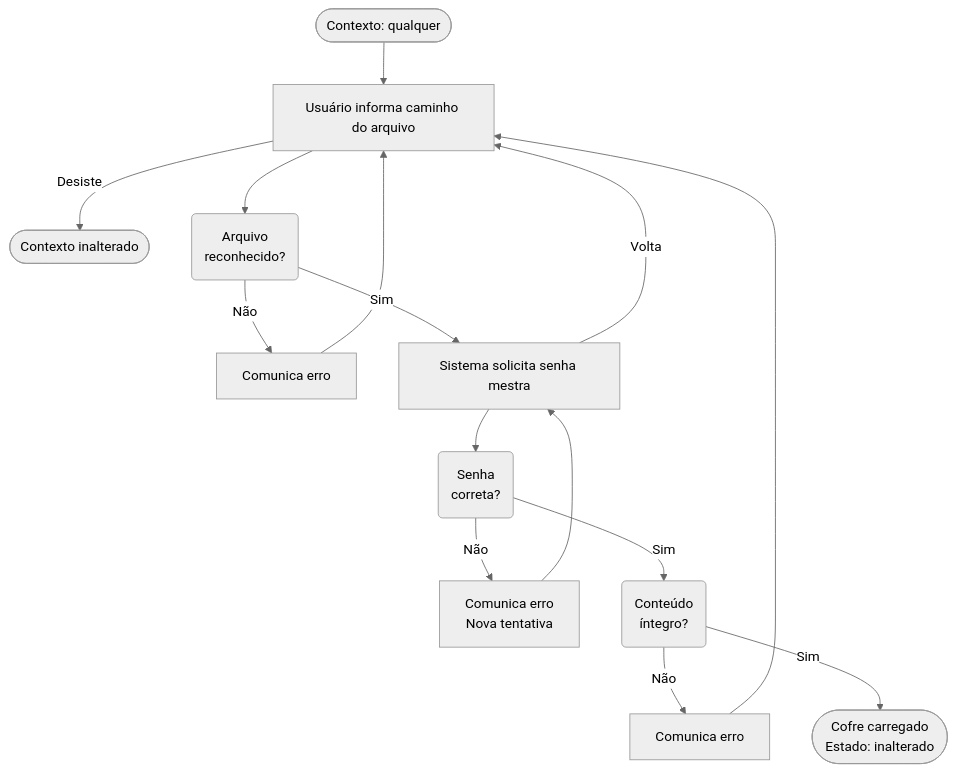
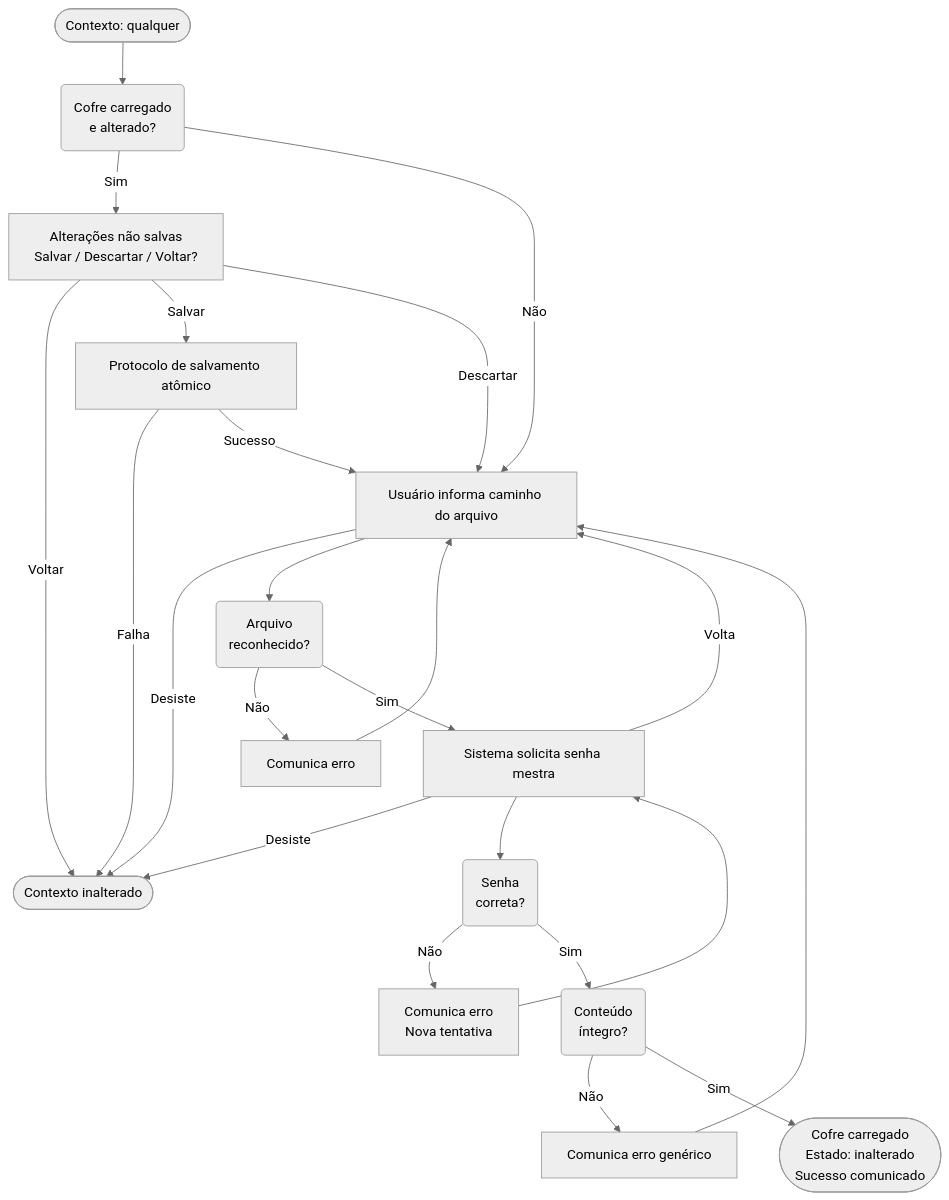
One commit to useful-toys/Abditum changed the first of 9 diagrams in fluxos.md. Above: the diagram before and after it, drawn with Mermaid (neutral theme). The commit also changed other lines of this file, not shown here.

First line of the commit message:
docs(fluxos): adicionar fluxos faltantes e corrigir fluxos de ciclo de vida do cofre

````diff
--- a/fluxos.md
+++ b/fluxos.md
@@ -195,17 +202,22 @@
 ```mermaid
 flowchart TD
-    A([Contexto: qualquer]) --> B[Usuário informa caminho do arquivo]
-    B -- Desiste --> Z([Contexto inalterado])
-    B --> C(Arquivo\nreconhecido?)
-    C -- Não --> D[Comunica erro]
-    D --> B
-    C -- Sim --> E[Sistema solicita senha mestra]
-    E -- Volta --> B
-    E --> F(Senha\ncorreta?)
-    F -- Não --> G[Comunica erro\nNova tentativa]
-    G --> E
-    F -- Sim --> H(Conteúdo\níntegro?)
-    H -- Não --> I[Comunica erro]
-    I --> B
-    H -- Sim --> J([Cofre carregado\nEstado: inalterado])
+    A([Contexto: qualquer]) --> B(Cofre carregado\ne alterado?)
+    B -- Sim --> C[Alterações não salvas\nSalvar / Descartar / Voltar?]
+    C -- Voltar --> Z([Contexto inalterado])
+    C -- Salvar --> W0[Protocolo de salvamento atômico]
+    W0 -- Falha --> Z
+    W0 -- Sucesso --> P2
+    C -- Descartar --> P2
+    B -- Não --> P2
+    P2[Usuário informa caminho do arquivo] -- Desiste --> Z
+    P2 --> D(Arquivo\nreconhecido?)
+    D -- Não --> E[Comunica erro] --> P2
+    D -- Sim --> F[Sistema solicita senha mestra]
+    F -- Volta --> P2
+    F -- Desiste --> Z
+    F --> G(Senha\ncorreta?)
+    G -- Não --> H[Comunica erro\nNova tentativa] --> F
+    G -- Sim --> I(Conteúdo\níntegro?)
+    I -- Não --> J[Comunica erro genérico] --> P2
+    I -- Sim --> K([Cofre carregado\nEstado: inalterado\nSucesso comunicado])
 ```
````
